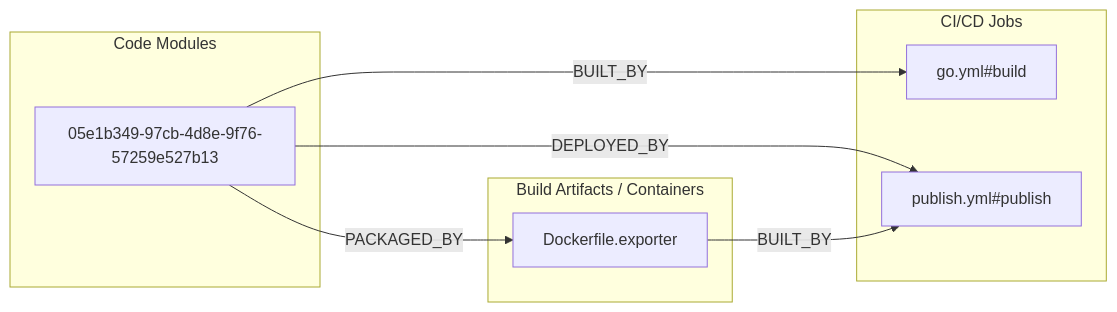
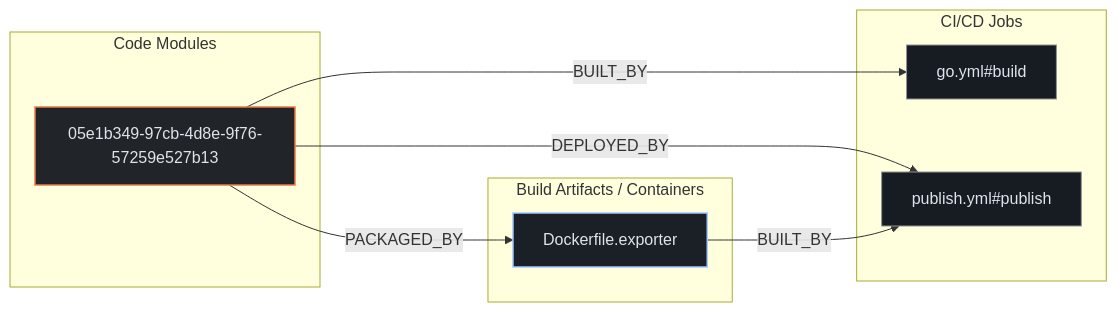
The second of 3 diagrams in exports/latest/reports/grafana-unused-report.md (kumarshaz/atruss-code-atlas), drawn with Mermaid before and after one commit. The commit also changed other lines of this file and 331 other files, not shown here.

Commit message:
docs,ui,fix: update SDLC docs, reorder CI/CD DAG first, stylize Mermaid, and fix Arc42 pipeline topology

````diff
--- a/exports/latest/reports/grafana-unused-report.md
+++ b/exports/latest/reports/grafana-unused-report.md
@@ -171,17 +178,21 @@
 ```mermaid
 flowchart LR
+    classDef atlasCategory fill:#212428,stroke:#E87A48,stroke-width:1.5px,color:#dfe3eb
+    classDef atlasWorkflow fill:#1b2026,stroke:#a3c9ff,stroke-width:1.5px,color:#dfe3eb
+    classDef atlasJob fill:#171c22,stroke:#8d9199,stroke-width:1px,color:#dfe3eb
+    classDef atlasTarget fill:#005227,stroke:#8bd99b,stroke-width:1.5px,color:#a7f6b6
     subgraph code_modules["Code Modules"]
-        mod_05e1b349_97cb_4d8e_9f76_57259e527b13["05e1b349-97cb-4d8e-9f76-57259e527b13"]
+        mod_05e1b349_97cb_4d8e_9f76_57259e527b13["05e1b349-97cb-4d8e-9f76-57259e527b13"]:::atlasCategory
     end
     subgraph build_artifacts["Build Artifacts / Containers"]
-        art_Dockerfile_exporter["Dockerfile.exporter"]
+        art_Dockerfile_exporter["Dockerfile.exporter"]:::atlasWorkflow
     end
     subgraph ci_jobs["CI/CD Jobs"]
-        job_go_yml_build["go.yml#build"]
-        job_publish_yml_publish["publish.yml#publish"]
+        job_go_yml_build["go.yml#build"]:::atlasJob
+        job_publish_yml_publish["publish.yml#publish"]:::atlasJob
     end
     mod_05e1b349_97cb_4d8e_9f76_57259e527b13 -->|BUILT_BY| job_go_yml_build
     mod_05e1b349_97cb_4d8e_9f76_57259e527b13 -->|DEPLOYED_BY| job_publish_yml_publish
     mod_05e1b349_97cb_4d8e_9f76_57259e527b13 -->|PACKAGED_BY| art_Dockerfile_exporter
     art_Dockerfile_exporter -->|BUILT_BY| job_publish_yml_publish
 ```
````
